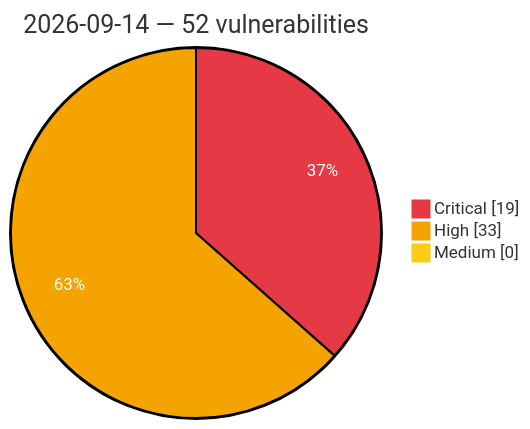
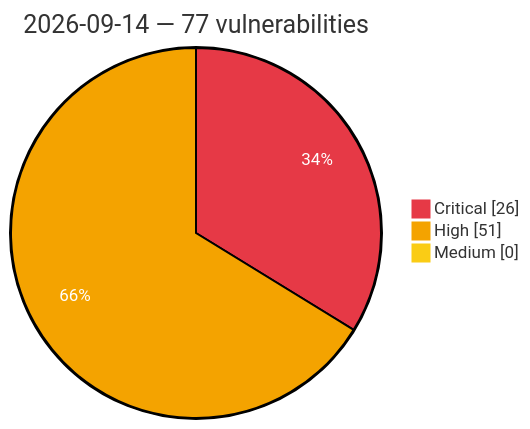
Before and after one commit to GhostX0X/vuln-tracker: the diagram in vulnerabilities/2026/September/2026-09-14.md, drawn with Mermaid. The commit also changed other lines of this file and 5 other files, not shown here.

Commit message:
Auto update: critical/high vulns (2026-09-14 20:44 UTC)

````diff
--- a/vulnerabilities/2026/September/2026-09-14.md
+++ b/vulnerabilities/2026/September/2026-09-14.md
@@ -3,8 +3,8 @@
 ```mermaid
 %%{init: {'theme':'base', 'themeVariables': {'pie1':'#e63946', 'pie2':'#f4a300', 'pie3':'#facc15', 'pieOpacity':'1', 'pieOuterStrokeWidth':'2px', 'pieSectionTextColor':'#ffffff'}}}%%
 pie showData
-    title 2026-09-14 — 52 vulnerabilities
-    "Critical" : 19
-    "High" : 33
+    title 2026-09-14 — 77 vulnerabilities
+    "Critical" : 26
+    "High" : 51
     "Medium" : 0
 ```
````
